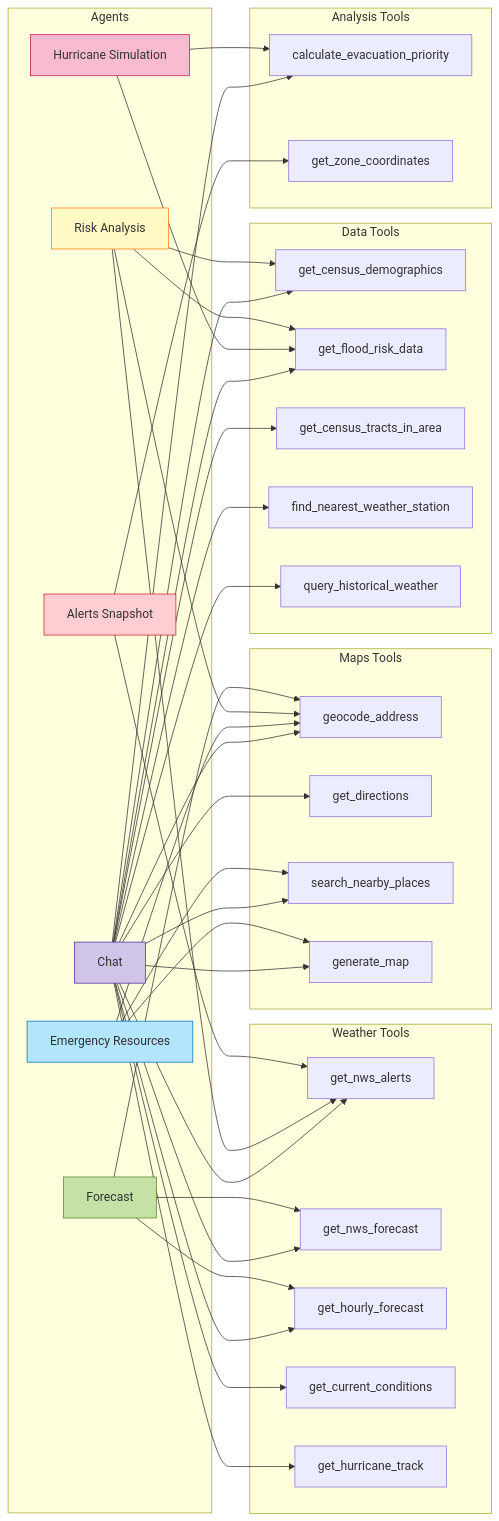
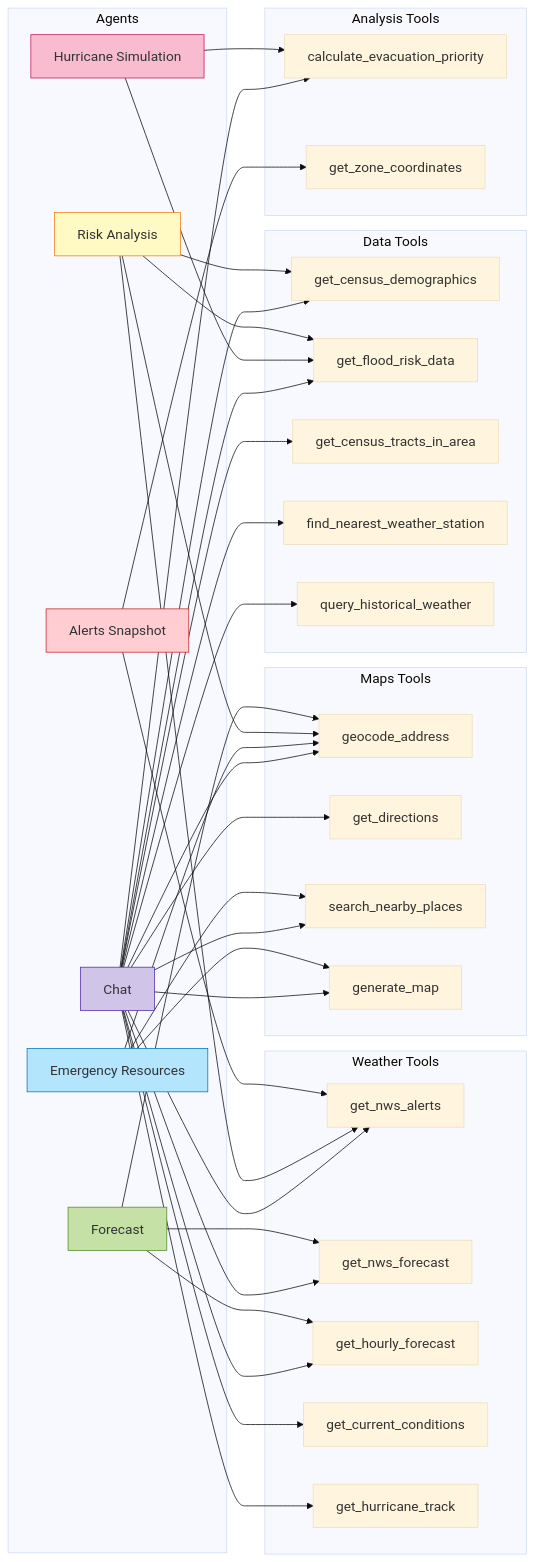
Before and after one commit to andersondang/weather_insights_and_forecase_advisor: the first of 10 diagrams in DIAGRAMS.md, drawn with Mermaid. The commit also changed other lines of this file and 1 other file, not shown here.

Commit message:
Add flow diagrams

````diff
--- a/DIAGRAMS.md
+++ b/DIAGRAMS.md
@@ -9,81 +9,82 @@
 ```mermaid
+%%{init: {'theme':'base', 'themeVariables': { 'fontSize':'18px'}, 'flowchart': {'curve':'basis'}}}%%
 graph LR
     subgraph Agents
         A1[Alerts Snapshot]
         A2[Forecast]
         A3[Risk Analysis]
         A4[Emergency Resources]
         A5[Hurricane Simulation]
         A6[Chat]
     end
     
     subgraph WeatherTools[Weather Tools]
         W1[get_nws_alerts]
         W2[get_nws_forecast]
         W3[get_hourly_forecast]
         W4[get_current_conditions]
         W5[get_hurricane_track]
     end
     
     subgraph MapsTools[Maps Tools]
         M1[geocode_address]
         M2[get_directions]
         M3[search_nearby_places]
         M4[generate_map]
     end
     
     subgraph DataTools[Data Tools]
         D1[get_census_demographics]
         D2[get_flood_risk_data]
         D3[get_census_tracts_in_area]
         D4[find_nearest_weather_station]
         D5[query_historical_weather]
     end
     
     subgraph AnalysisTools[Analysis Tools]
         AN1[calculate_evacuation_priority]
         AN2[get_zone_coordinates]
     end
     
     A1 --> W1
     A1 --> AN2
     
     A2 --> W2
     A2 --> W3
     A2 --> M1
     
     A3 --> W1
     A3 --> M1
     A3 --> D1
     A3 --> D2
     
     A4 --> M1
     A4 --> M3
     A4 --> M4
     
     A5 --> D2
     A5 --> AN1
     
     A6 --> W1
     A6 --> W2
     A6 --> W3
     A6 --> W4
     A6 --> W5
     A6 --> M1
     A6 --> M2
     A6 --> M3
     A6 --> M4
     A6 --> D1
     A6 --> D2
     A6 --> D3
     A6 --> D4
     A6 --> D5
     A6 --> AN1
     
     style A1 fill:#ffcdd2,stroke:#c62828
     style A2 fill:#c5e1a5,stroke:#558b2f
     style A3 fill:#fff9c4,stroke:#f57f17
     style A4 fill:#b3e5fc,stroke:#0277bd
     style A5 fill:#f8bbd0,stroke:#c2185b
     style A6 fill:#d1c4e9,stroke:#512da8
 ```
````
